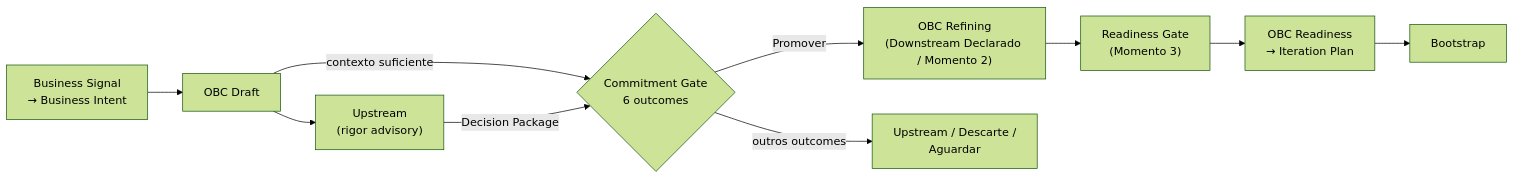
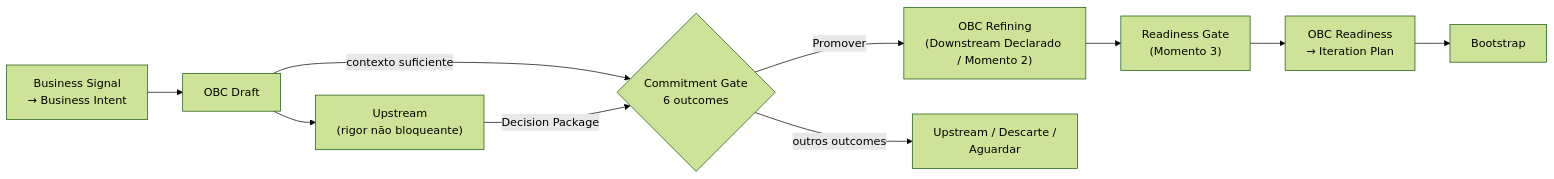
The third of 4 diagrams in capitulo-03.md (produtoreativo/from-intent-to-outcome), drawn with Mermaid (forest theme) before and after one commit. The commit also changed other lines of this file and 8 other files, not shown here.

````diff
--- a/capitulo-03.md
+++ b/capitulo-03.md
@@ -210,12 +210,12 @@
 ```mermaid
 graph LR
     BS["Business Signal\n→ Business Intent"] --> A["OBC Draft"]
-    A --> UP["Upstream\n(rigor advisory)"]
+    A --> UP["Upstream\n(rigor não bloqueante)"]
     A -->|"contexto suficiente"| CG{"Commitment Gate\n6 outcomes"}
     UP -->|"Decision Package"| CG
     CG -->|"Promover"| C["OBC Refining\n(Downstream Declarado / Momento 2)"]
     CG -->|"outros outcomes"| X["Upstream / Descarte /\nAguardar"]
     C --> D["Readiness Gate\n(Momento 3)"]
     D --> E["OBC Readiness\n→ Iteration Plan"]
     E --> F["Bootstrap"]
 ```
````
